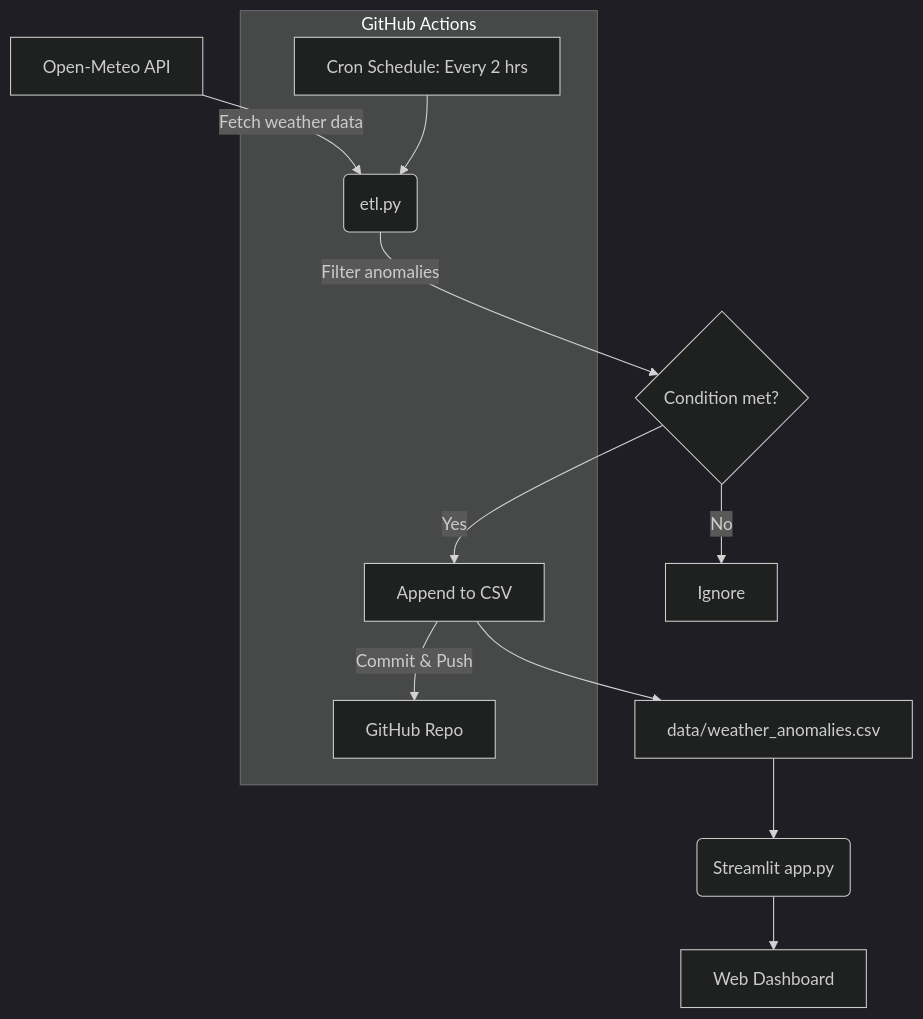
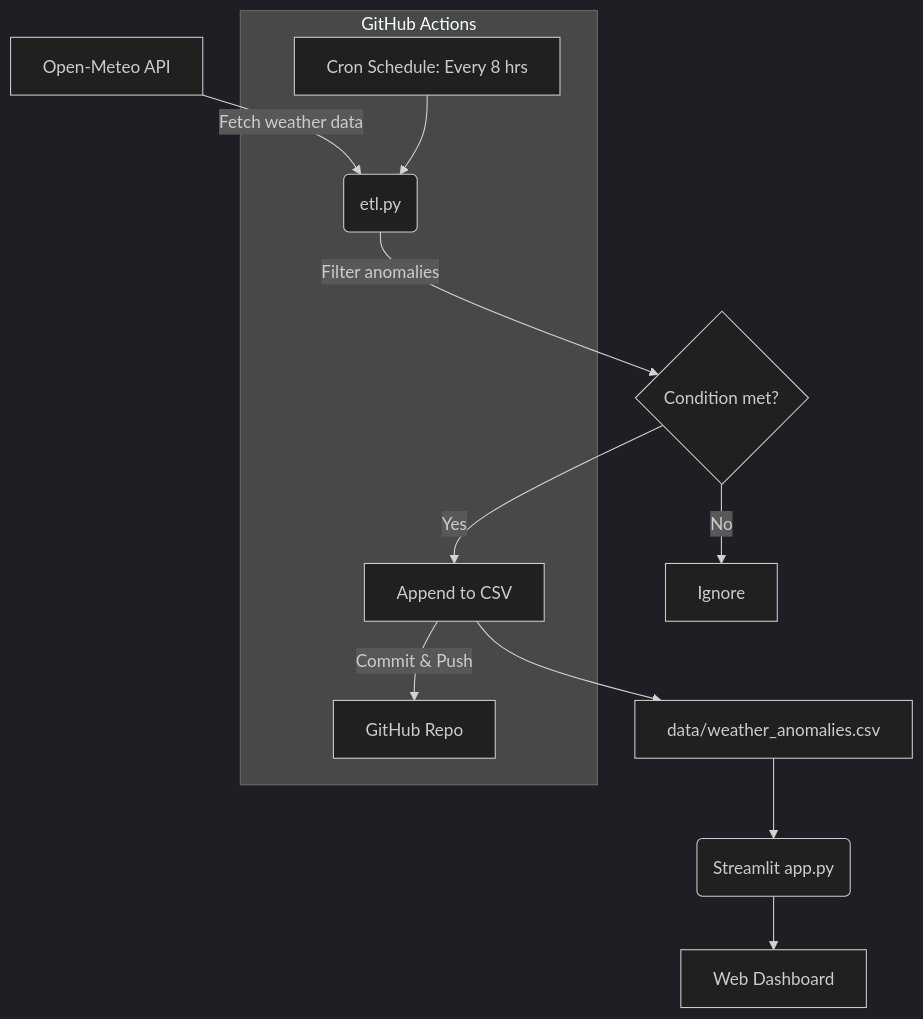
One commit to ckopsahilis/weather-anomaly-tracker changed the diagram in README.md. Above: the diagram before and after it, drawn with Mermaid (dark theme). The commit also changed other lines of this file and 2 other files, not shown here.

Commit message:
chore: change update interval from 2h to 8h

````diff
--- a/README.md
+++ b/README.md
@@ -17,16 +17,16 @@
 ```mermaid
 graph TD
     A[Open-Meteo API] -->|Fetch weather data| B(etl.py)
     B -->|Filter anomalies| C{Condition met?}
     C -->|Yes| D[Append to CSV]
     C -->|No| E[Ignore]
     D --> F[data/weather_anomalies.csv]
     
     subgraph GitHub Actions
-    G[Cron Schedule: Every 2 hrs] --> B
+    G[Cron Schedule: Every 8 hrs] --> B
     D -->|Commit & Push| G2[GitHub Repo]
     end
     
     F --> H(Streamlit app.py)
     H --> I[Web Dashboard]
 ```
````
